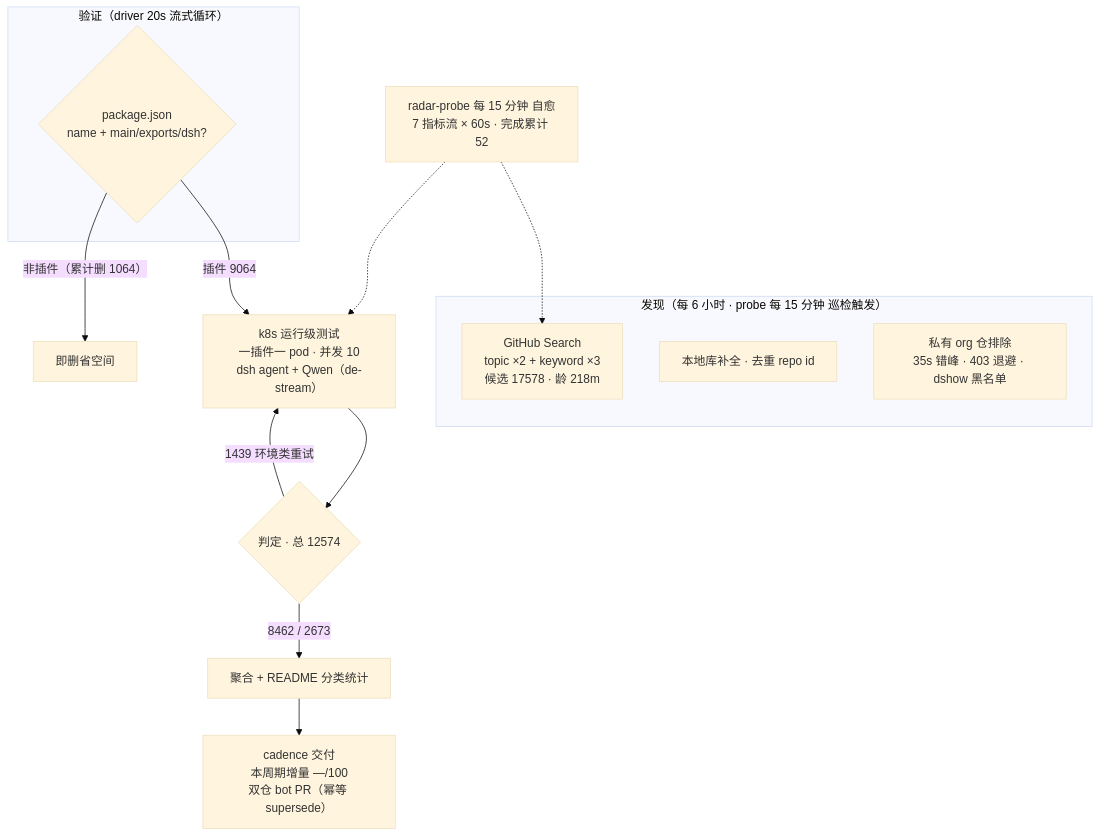
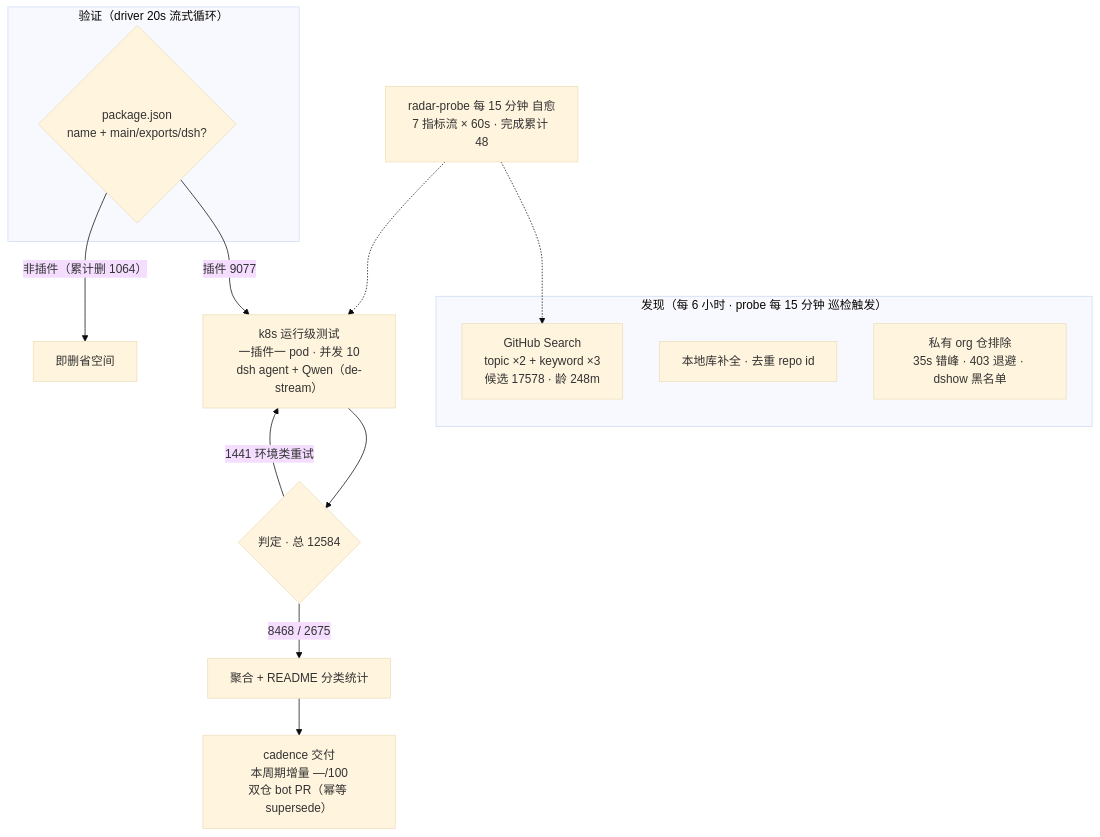
The diagram in README.md (Zhidao-Lab-OSS/awesome-dsh-plugins), drawn with Mermaid (base theme) before and after one commit. The commit also changed other lines of this file and 1 other file, not shown here.

````diff
--- a/README.md
+++ b/README.md
@@ -52,20 +52,20 @@
 ```mermaid
 flowchart TB
     subgraph Discovery["发现（每 6 小时 · probe 每 15 分钟 巡检触发）"]
-        A1["GitHub Search<br/>topic ×2 + keyword ×3<br/>候选 17578 · 龄 218m"]
+        A1["GitHub Search<br/>topic ×2 + keyword ×3<br/>候选 17578 · 龄 248m"]
         A2["本地库补全 · 去重 repo id"]
         A3["私有 org 仓排除<br/>35s 错峰 · 403 退避 · dshow 黑名单"]
     end
     subgraph Validation["验证（driver 20s 流式循环）"]
         B1{"package.json<br/>name + main/exports/dsh?"}
     end
-    B1 -->|"插件 9064"| C1["k8s 运行级测试<br/>一插件一 pod · 并发 10<br/>dsh agent + Qwen（de-stream）"]
+    B1 -->|"插件 9077"| C1["k8s 运行级测试<br/>一插件一 pod · 并发 10<br/>dsh agent + Qwen（de-stream）"]
     B1 -->|"非插件（累计删 1064）"| B3["即删省空间"]
-    C1 --> D1{"判定 · 总 12574"}
-    D1 -->|"8462 / 2673"| E1["聚合 + README 分类统计"]
-    D1 -->|"1439 环境类重试"| C1
+    C1 --> D1{"判定 · 总 12584"}
+    D1 -->|"8468 / 2675"| E1["聚合 + README 分类统计"]
+    D1 -->|"1441 环境类重试"| C1
     E1 --> E2["cadence 交付<br/>本周期增量 —/100<br/>双仓 bot PR（幂等 supersede）"]
-    M["radar-probe 每 15 分钟 自愈<br/>7 指标流 × 60s · 完成累计 52"]
+    M["radar-probe 每 15 分钟 自愈<br/>7 指标流 × 60s · 完成累计 48"]
     M -.-> A1
     M -.-> C1
 ```
````
